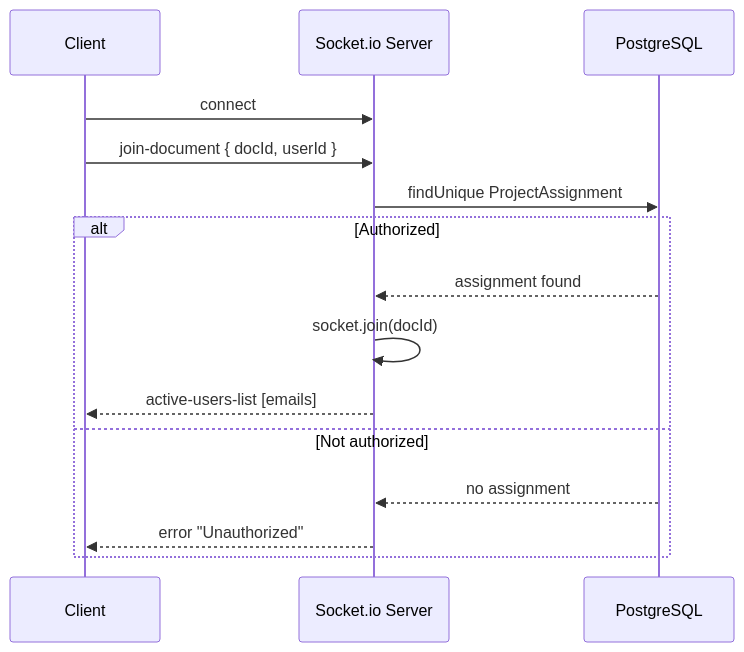
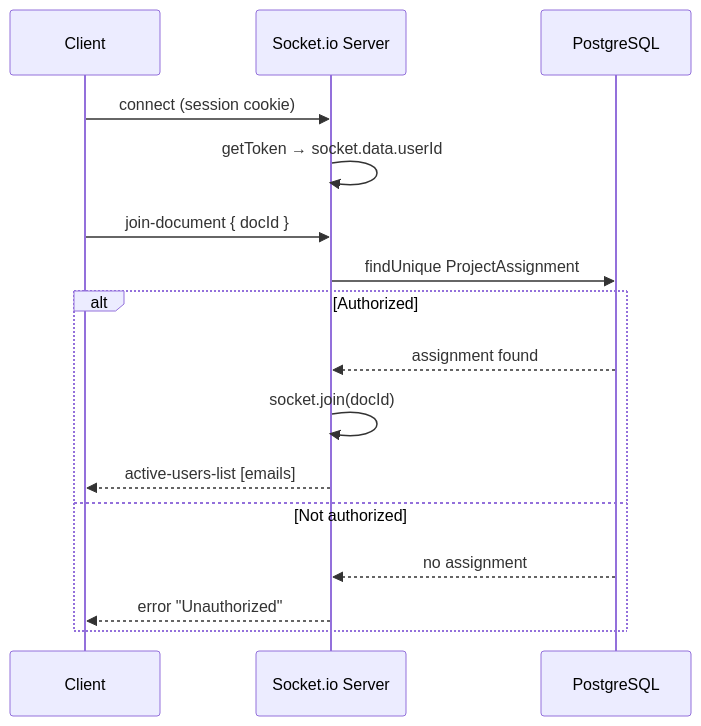
One commit to ISC-HEI/tisc-editor changed the diagram in docs/docs/techdocs/core-systems/collaboration.md. Above: the diagram before and after it, drawn with Mermaid. The commit also changed other lines of this file and 2 other files, not shown here.

First line of the commit message:
fix(socket): authenticate connections from the session cookie

````diff
--- a/docs/docs/techdocs/core-systems/collaboration.md
+++ b/docs/docs/techdocs/core-systems/collaboration.md
@@ -9,18 +11,19 @@
 ```mermaid
 sequenceDiagram
     participant Client
     participant Server as Socket.io Server
     participant DB as PostgreSQL
 
-    Client->>Server: connect
-    Client->>Server: join-document { docId, userId }
+    Client->>Server: connect (session cookie)
+    Server->>Server: getToken → socket.data.userId
+    Client->>Server: join-document { docId }
     Server->>DB: findUnique ProjectAssignment
     alt Authorized
         DB-->>Server: assignment found
         Server->>Server: socket.join(docId)
         Server-->>Client: active-users-list [emails]
     else Not authorized
         DB-->>Server: no assignment
         Server-->>Client: error "Unauthorized"
     end
 ```
````
